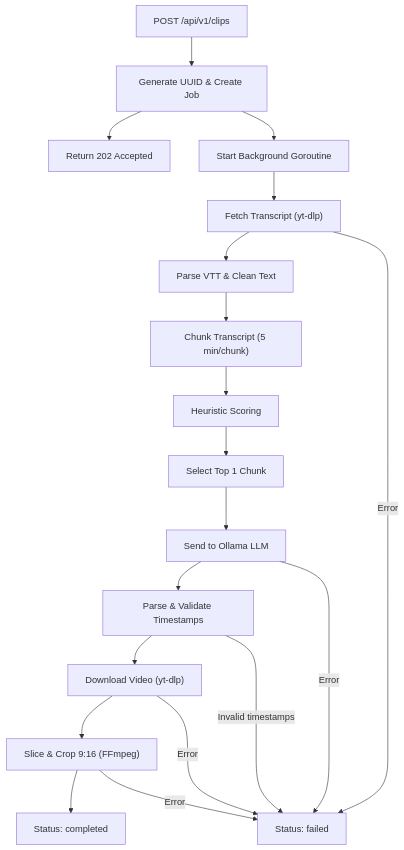
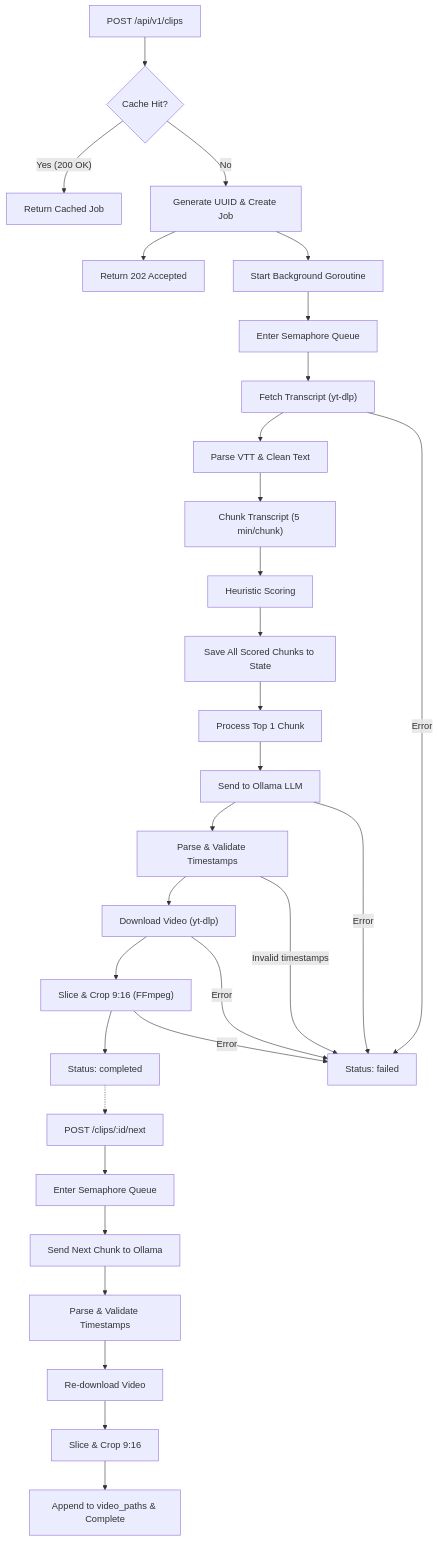
Before and after one commit to byansanur/ClipperAi: the diagram in docs/backend-api.md, drawn with Mermaid. The commit also changed other lines of this file and 5 other files, not shown here.

Commit message:
docs: update all documentation to reflect current codebase (semaphore, caching, generate-more, dynamic-ffmpeg, android)

````diff
--- a/docs/backend-api.md
+++ b/docs/backend-api.md
@@ -229,22 +296,34 @@
 ```mermaid
 flowchart TD
-    A["POST /api/v1/clips"] --> B["Generate UUID & Create Job"]
+    A["POST /api/v1/clips"] --> CACHE{"Cache Hit?"}
+    CACHE -- "Yes (200 OK)" --> CACHED["Return Cached Job"]
+    CACHE -- "No" --> B["Generate UUID & Create Job"]
     B --> C["Return 202 Accepted"]
     B --> D["Start Background Goroutine"]
-    D --> E["Fetch Transcript (yt-dlp)"]
+    D --> SEM["Enter Semaphore Queue"]
+    SEM --> E["Fetch Transcript (yt-dlp)"]
     E --> F["Parse VTT & Clean Text"]
     F --> G["Chunk Transcript (5 min/chunk)"]
     G --> H["Heuristic Scoring"]
-    H --> I["Select Top 1 Chunk"]
+    H --> SAVE["Save All Scored Chunks to State"]
+    SAVE --> I["Process Top 1 Chunk"]
     I --> J["Send to Ollama LLM"]
     J --> K["Parse & Validate Timestamps"]
     K --> L["Download Video (yt-dlp)"]
     L --> M["Slice & Crop 9:16 (FFmpeg)"]
     M --> N["Status: completed"]
+    
+    N -.-> NEXT["POST /clips/:id/next"]
+    NEXT --> SEM2["Enter Semaphore Queue"]
+    SEM2 --> J2["Send Next Chunk to Ollama"]
+    J2 --> K2["Parse & Validate Timestamps"]
+    K2 --> L2["Re-download Video"]
+    L2 --> M2["Slice & Crop 9:16"]
+    M2 --> N2["Append to video_paths & Complete"]
     
     E -- Error --> X["Status: failed"]
     J -- Error --> X
     K -- "Invalid timestamps" --> X
     L -- Error --> X
     M -- Error --> X
 ```
````
